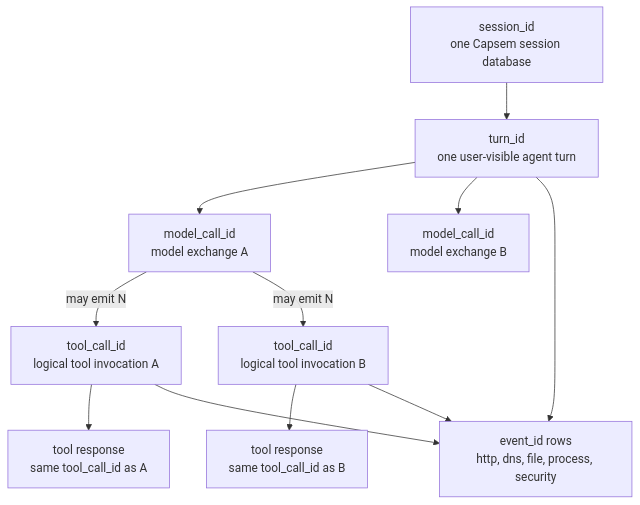
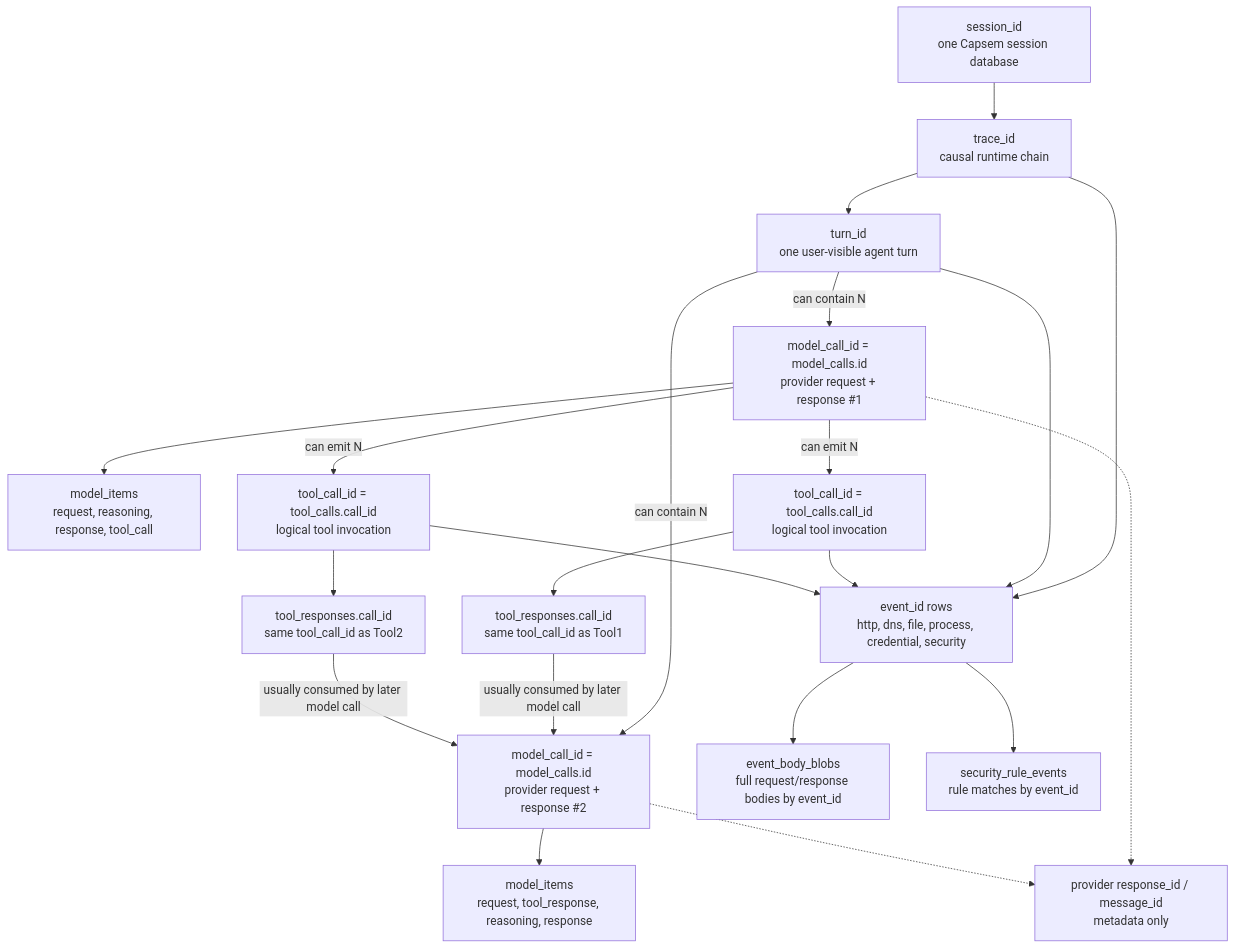
The second of 4 diagrams in docs/src/content/docs/architecture/session-telemetry.md (google/capsem), drawn with Mermaid before and after one commit. The commit also changed other lines of this file and 1 other file, not shown here.

Commit message:
docs: clarify telemetry identity graph

````diff
--- a/docs/src/content/docs/architecture/session-telemetry.md
+++ b/docs/src/content/docs/architecture/session-telemetry.md
@@ -128,23 +136,45 @@
 ```mermaid
 flowchart TD
     Session["session_id<br/>one Capsem session database"]
+    Trace["trace_id<br/>causal runtime chain"]
     Turn["turn_id<br/>one user-visible agent turn"]
-    ModelA["model_call_id<br/>model exchange A"]
-    ModelB["model_call_id<br/>model exchange B"]
-    ToolA["tool_call_id<br/>logical tool invocation A"]
-    ToolB["tool_call_id<br/>logical tool invocation B"]
-    ToolAResponse["tool response<br/>same tool_call_id as A"]
-    ToolBResponse["tool response<br/>same tool_call_id as B"]
-    EventRows["event_id rows<br/>http, dns, file, process, security"]
 
-    Session --> Turn
-    Turn --> ModelA
-    Turn --> ModelB
-    ModelA -->|"may emit N"| ToolA
-    ModelA -->|"may emit N"| ToolB
-    ToolA --> ToolAResponse
-    ToolB --> ToolBResponse
+    Model1["model_call_id = model_calls.id<br/>provider request + response #1"]
+    Model2["model_call_id = model_calls.id<br/>provider request + response #2"]
+    ModelItems1["model_items<br/>request, reasoning, response, tool_call"]
+    ModelItems2["model_items<br/>request, tool_response, reasoning, response"]
+
+    Tool1["tool_call_id = tool_calls.call_id<br/>logical tool invocation"]
+    Tool2["tool_call_id = tool_calls.call_id<br/>logical tool invocation"]
+    ToolResponse1["tool_responses.call_id<br/>same tool_call_id as Tool1"]
+    ToolResponse2["tool_responses.call_id<br/>same tool_call_id as Tool2"]
+
+    EventRows["event_id rows<br/>http, dns, file, process, credential, security"]
+    BodyBlobs["event_body_blobs<br/>full request/response bodies by event_id"]
+    SecurityRows["security_rule_events<br/>rule matches by event_id"]
+    ProviderIds["provider response_id / message_id<br/>metadata only"]
+
+    Session --> Trace
+    Trace --> Turn
+    Turn -->|"can contain N"| Model1
+    Turn -->|"can contain N"| Model2
+
+    Model1 --> ModelItems1
+    Model2 --> ModelItems2
+    Model1 -->|"can emit N"| Tool1
+    Model1 -->|"can emit N"| Tool2
+
+    Tool1 --> ToolResponse1
+    Tool2 --> ToolResponse2
+    ToolResponse1 -->|"usually consumed by later model call"| Model2
+    ToolResponse2 -->|"usually consumed by later model call"| Model2
+
+    Trace --> EventRows
     Turn --> EventRows
-    ToolA --> EventRows
-    ToolB --> EventRows
+    Tool1 --> EventRows
+    Tool2 --> EventRows
+    EventRows --> BodyBlobs
+    EventRows --> SecurityRows
+    Model1 -.-> ProviderIds
+    Model2 -.-> ProviderIds
 ```
````
